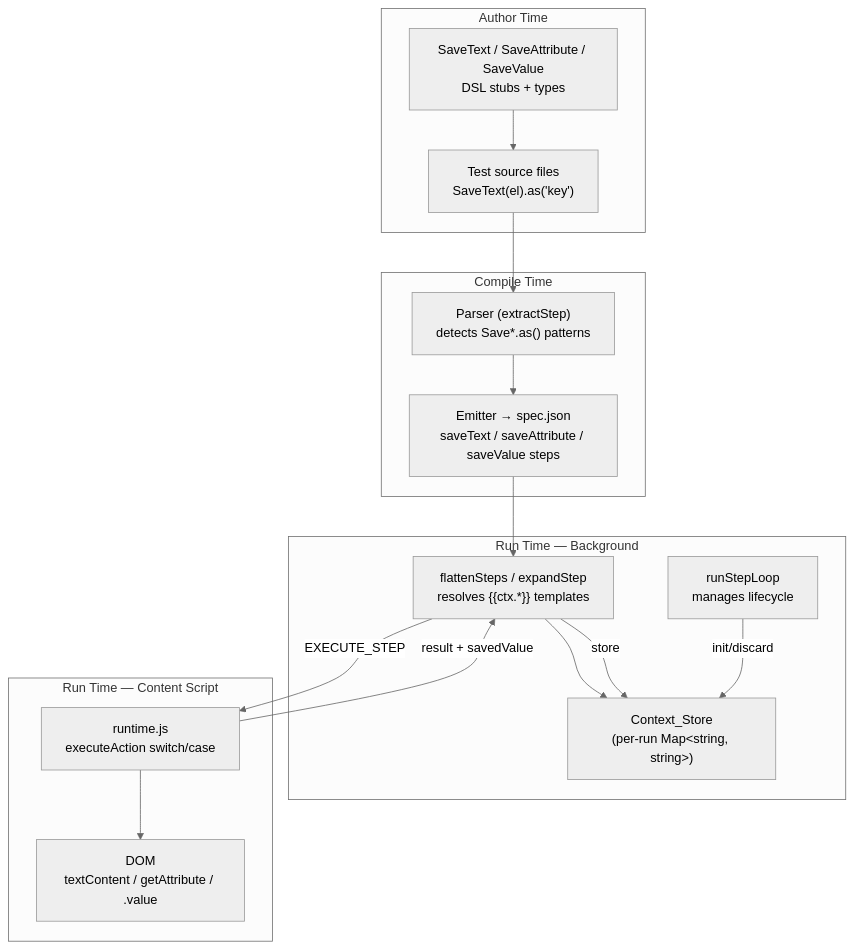
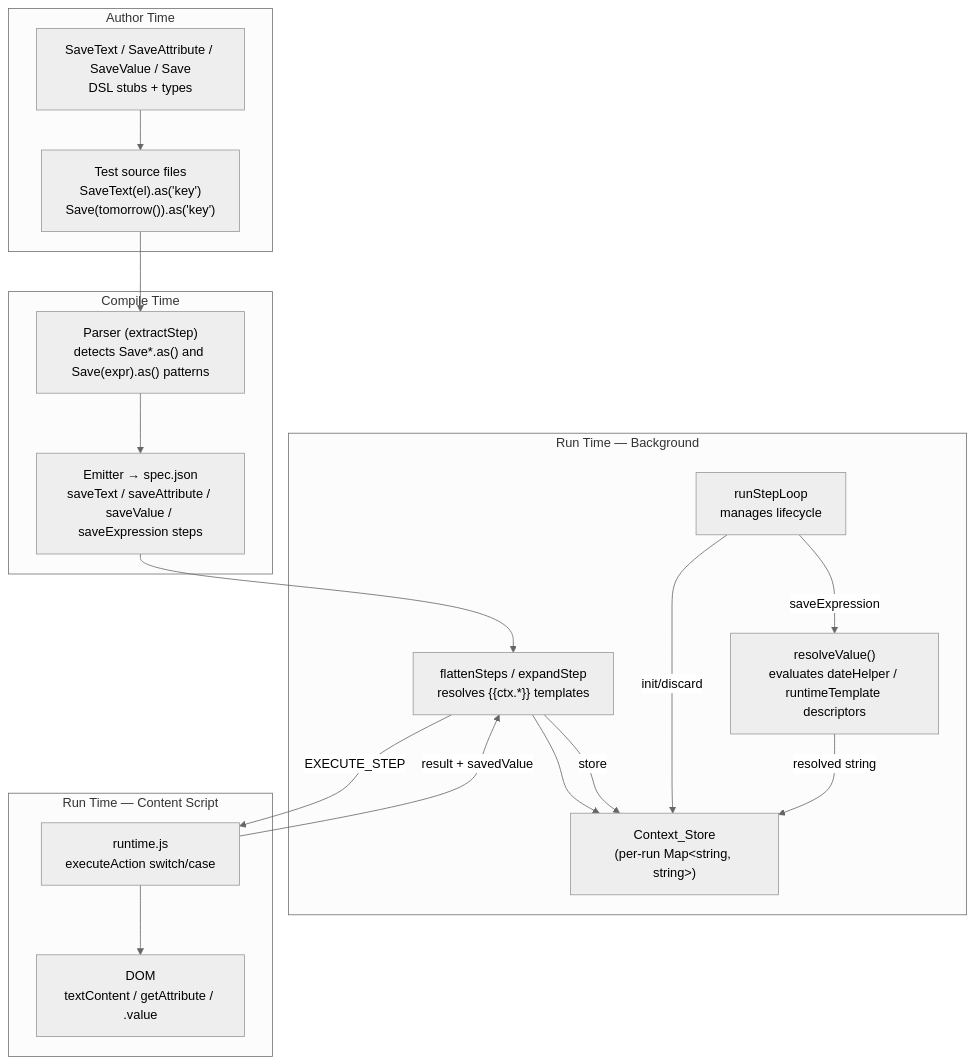
One commit to facka/tomation changed the first of 2 diagrams in .kiro/specs/test-context/design.md. Above: the diagram before and after it, drawn with Mermaid (neutral theme). The commit also changed other lines of this file and 1 other file, not shown here.

Commit message:
Design and requirements for test-context spec

````diff
--- a/.kiro/specs/test-context/design.md
+++ b/.kiro/specs/test-context/design.md
@@ -17,34 +19,37 @@
 ```mermaid
 graph TD
     subgraph "Author Time"
-        DSL["SaveText / SaveAttribute / SaveValue<br/>DSL stubs + types"]
-        SRC["Test source files<br/>SaveText(el).as('key')"]
+        DSL["SaveText / SaveAttribute / SaveValue / Save<br/>DSL stubs + types"]
+        SRC["Test source files<br/>SaveText(el).as('key')<br/>Save(tomorrow()).as('key')"]
     end
 
     subgraph "Compile Time"
-        PARSER["Parser (extractStep)<br/>detects Save*.as() patterns"]
-        EMIT["Emitter → spec.json<br/>saveText / saveAttribute / saveValue steps"]
+        PARSER["Parser (extractStep)<br/>detects Save*.as() and Save(expr).as() patterns"]
+        EMIT["Emitter → spec.json<br/>saveText / saveAttribute / saveValue / saveExpression steps"]
     end
 
     subgraph "Run Time — Background"
         FLAT["flattenSteps / expandStep<br/>resolves {{ctx.*}} templates"]
         CTX["Context_Store<br/>(per-run Map&lt;string, string&gt;)"]
         LOOP["runStepLoop<br/>manages lifecycle"]
+        RESOLVE["resolveValue()<br/>evaluates dateHelper / runtimeTemplate descriptors"]
     end
 
     subgraph "Run Time — Content Script"
         RT["runtime.js<br/>executeAction switch/case"]
         DOM["DOM<br/>textContent / getAttribute / .value"]
     end
 
     SRC --> PARSER
     DSL --> SRC
     PARSER --> EMIT
     EMIT --> FLAT
     FLAT --> CTX
     FLAT -->|EXECUTE_STEP| RT
     RT --> DOM
     RT -->|result + savedValue| FLAT
     FLAT -->|store| CTX
     LOOP -->|init/discard| CTX
+    LOOP -->|saveExpression| RESOLVE
+    RESOLVE -->|resolved string| CTX
 ```
````
